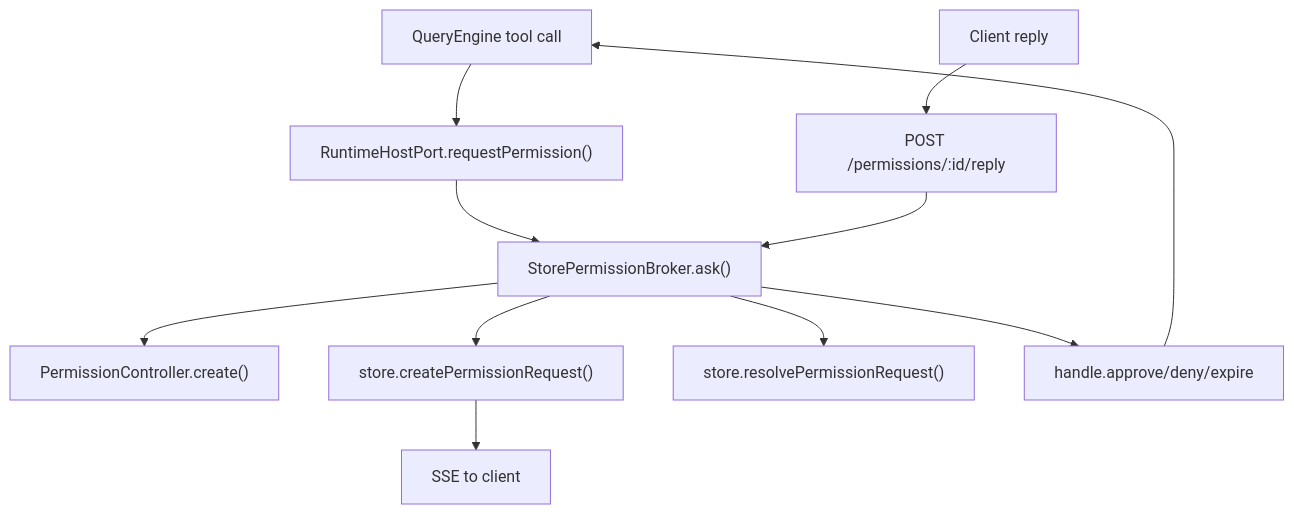
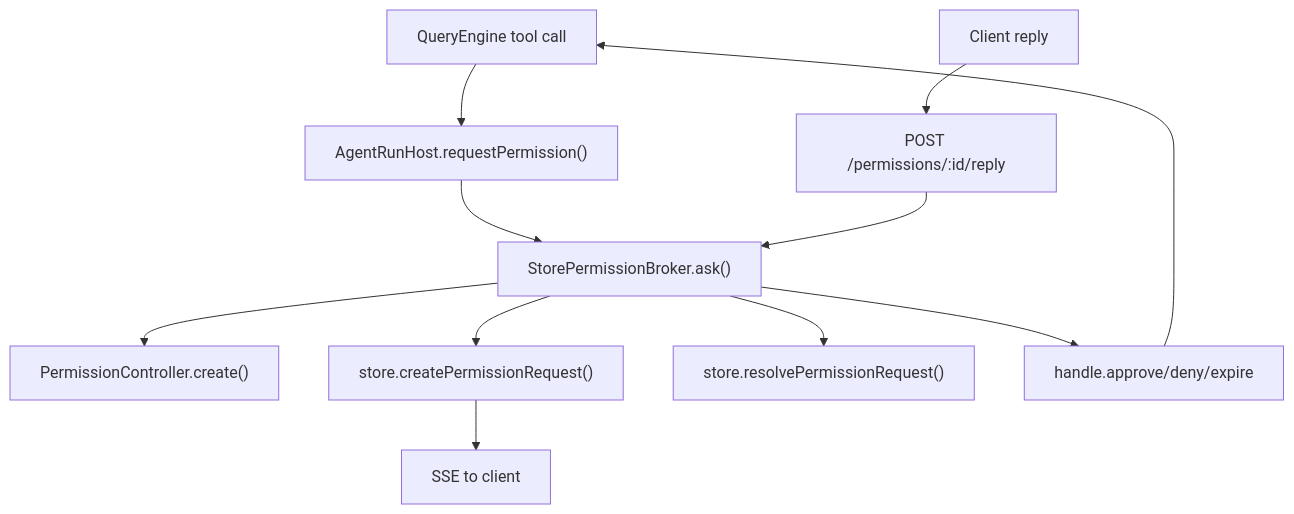
Before and after one commit to rzx007/openharness-ts: the fourth of 5 diagrams in docs/daemon-runtime-flow-map.md, drawn with Mermaid. The commit also changed other lines of this file and 7 other files, not shown here.

````diff
--- a/docs/daemon-runtime-flow-map.md
+++ b/docs/daemon-runtime-flow-map.md
@@ -181,13 +181,13 @@
 ```mermaid
 flowchart TD
-  tool["QueryEngine tool call"] --> host["RuntimeHostPort.requestPermission()"]
+  tool["QueryEngine tool call"] --> host["AgentRunHost.requestPermission()"]
   host --> broker["StorePermissionBroker.ask()"]
   broker --> controller["PermissionController.create()"]
   broker --> store["store.createPermissionRequest()"]
   store --> sse["SSE to client"]
   client["Client reply"] --> route["POST /permissions/:id/reply"]
   route --> broker
   broker --> store2["store.resolvePermissionRequest()"]
   broker --> controller2["handle.approve/deny/expire"]
   controller2 --> tool
 ```
````
